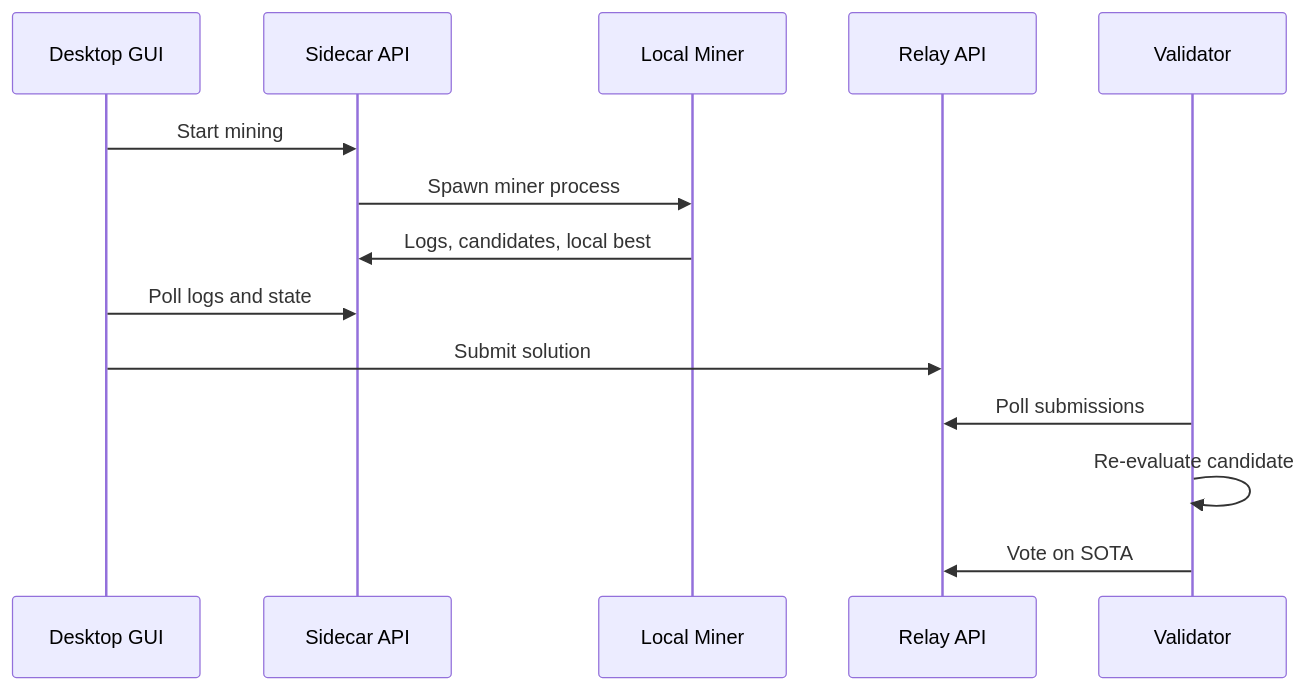
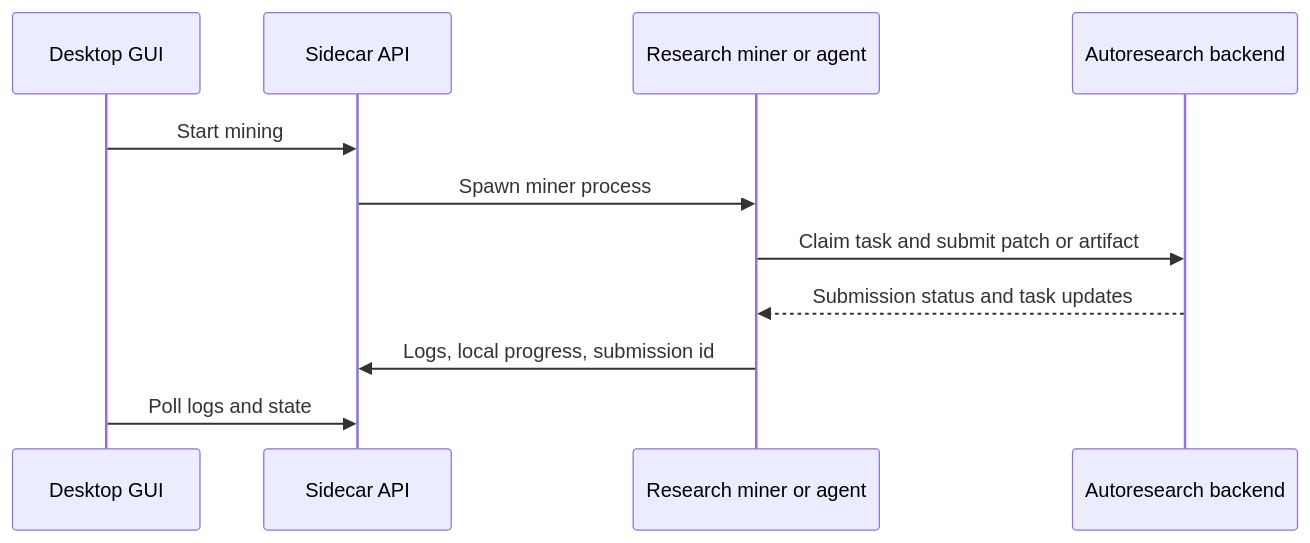
Before and after one commit to AlveusLabs/SN94-BitSota: the first of 3 diagrams in docs/architecture.md, drawn with Mermaid. The commit also changed other lines of this file and 3 other files, not shown here.

````diff
--- a/docs/architecture.md
+++ b/docs/architecture.md
@@ -7,17 +9,14 @@
 ```mermaid
 sequenceDiagram
   participant GUI as Desktop GUI
   participant Sidecar as Sidecar API
-  participant Miner as Local Miner
-  participant Relay as Relay API
-  participant Val as Validator
+  participant Miner as Research miner or agent
+  participant Backend as Autoresearch backend
 
   GUI->>Sidecar: Start mining
   Sidecar->>Miner: Spawn miner process
-  Miner->>Sidecar: Logs, candidates, local best
+  Miner->>Backend: Claim task and submit patch or artifact
+  Backend-->>Miner: Submission status and task updates
+  Miner->>Sidecar: Logs, local progress, submission id
   GUI->>Sidecar: Poll logs and state
-  GUI->>Relay: Submit solution
-  Val->>Relay: Poll submissions
-  Val->>Val: Re-evaluate candidate
-  Val->>Relay: Vote on SOTA
 ```
````
